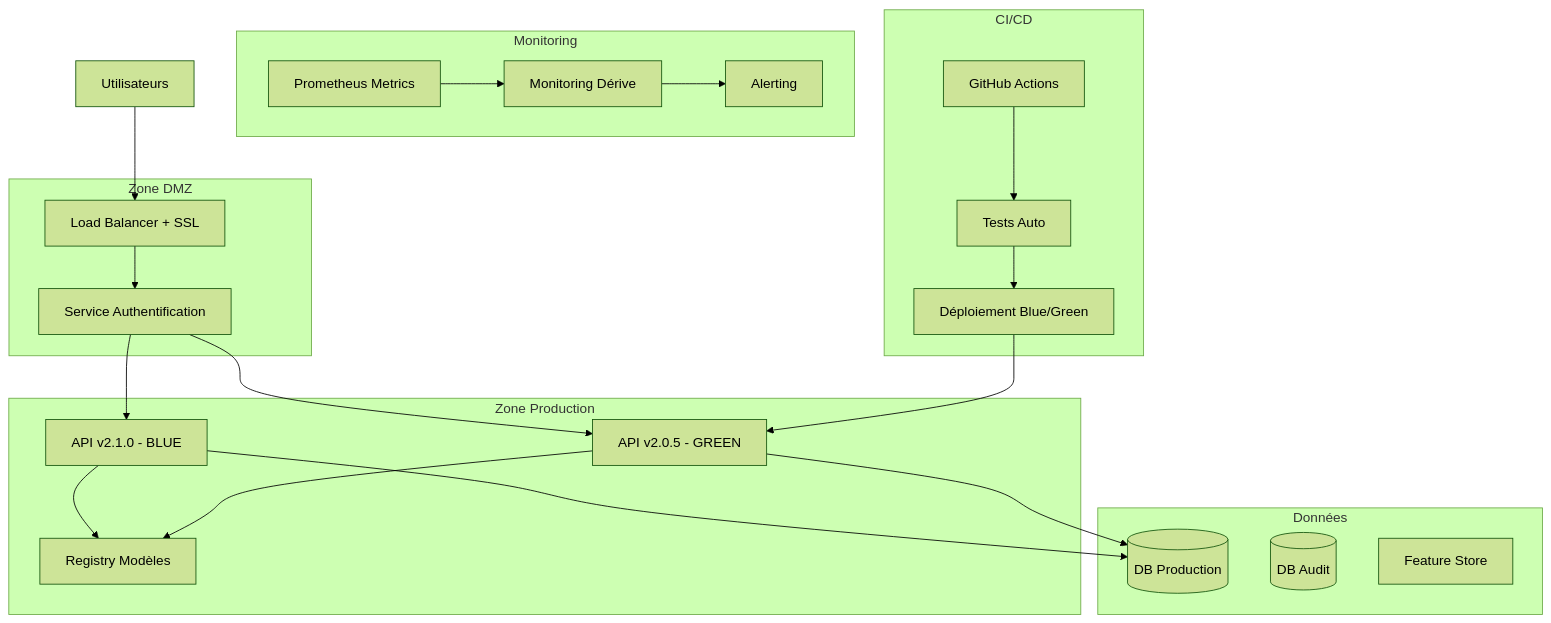
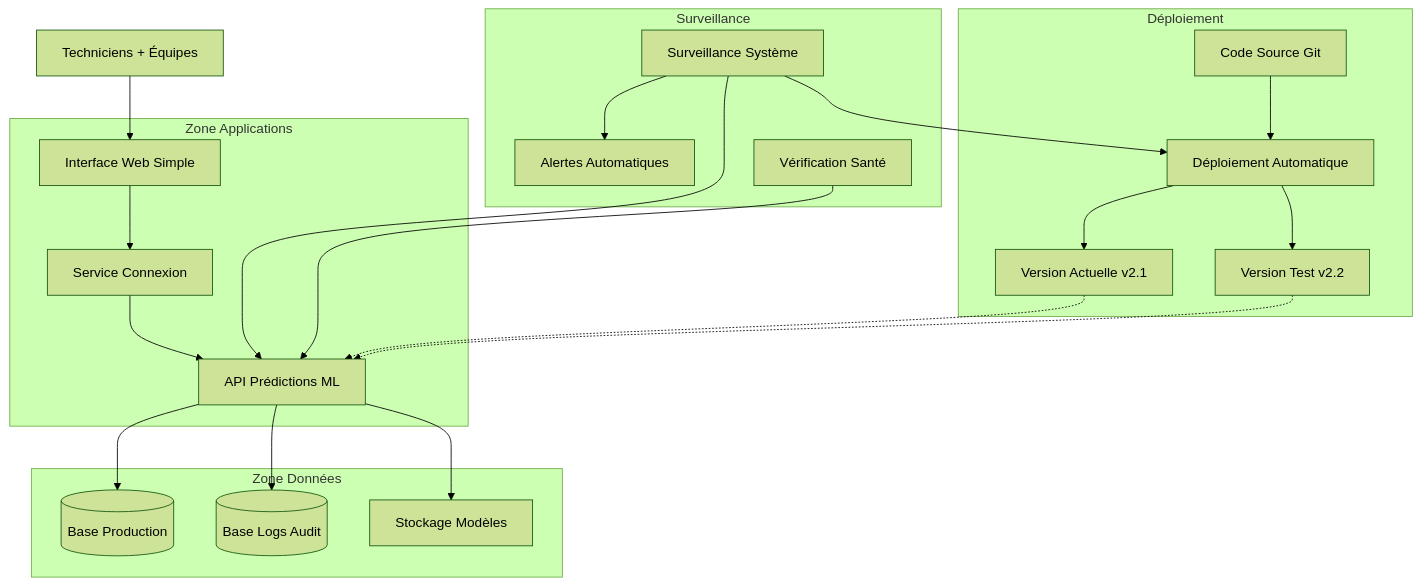
One commit to ssime-git/tp_mlops_introduction changed the fourth of 4 diagrams in corrections/FR/01_correction_tips_fr.md. Above: the diagram before and after it, drawn with Mermaid (forest theme). The commit also changed other lines of this file, not shown here.

Commit message:
update correction

````diff
--- a/corrections/FR/01_correction_tips_fr.md
+++ b/corrections/FR/01_correction_tips_fr.md
@@ -169,48 +170,49 @@
 ```mermaid
 graph TD
-    subgraph "Zone DMZ"
-        LB[Load Balancer + SSL]
-        AUTH[Service Authentification]
+    UTILISATEURS[Techniciens + Équipes]
+    
+    subgraph "Zone Applications"
+        WEB_UI[Interface Web Simple]
+        API_ML[API Prédictions ML]
+        AUTH_SERVICE[Service Connexion]
     end
     
-    subgraph "Zone Production"
-        API_BLUE[API v2.1.0 - BLUE]
-        API_GREEN[API v2.0.5 - GREEN]
-        MODEL_REGISTRY[Registry Modèles]
+    subgraph "Zone Données"
+        DB_PROD[(Base Production)]
+        DB_LOGS[(Base Logs Audit)]
+        MODEL_FILES[Stockage Modèles]
     end
     
-    subgraph "Données"
-        DB_PROD[(DB Production)]
-        DB_AUDIT[(DB Audit)]
-        FEATURE_STORE[Feature Store]
+    subgraph "Surveillance"
+        MONITORING[Surveillance Système]
+        ALERTS[Alertes Automatiques]
+        HEALTH_CHECK[Vérification Santé]
     end
     
-    subgraph "Monitoring"
-        PROMETHEUS[Prometheus Metrics]
-        ALERTS[Alerting]
-        DRIFT_DETECTION[Monitoring Dérive]
+    subgraph "Déploiement"
+        VERSION_A[Version Actuelle v2.1]
+        VERSION_B[Version Test v2.2]
+        DEPLOY_AUTO[Déploiement Automatique]
+        GIT[Code Source Git]
     end
     
-    subgraph "CI/CD"
-        GITHUB[GitHub Actions]
-        TESTS[Tests Auto]
-        DEPLOY[Déploiement Blue/Green]
-    end
+    UTILISATEURS --> WEB_UI
+    WEB_UI --> AUTH_SERVICE
+    AUTH_SERVICE --> API_ML
     
-    USERS[Utilisateurs] --> LB
-    LB --> AUTH
-    AUTH --> API_BLUE
-    AUTH --> API_GREEN
+    API_ML --> MODEL_FILES
+    API_ML --> DB_PROD
+    API_ML --> DB_LOGS
     
-    API_BLUE --> MODEL_REGISTRY
-    API_GREEN --> MODEL_REGISTRY
+    MONITORING --> API_ML
+    MONITORING --> ALERTS
+    HEALTH_CHECK --> API_ML
     
-    API_BLUE --> DB_PROD
-    API_GREEN --> DB_PROD
+    GIT --> DEPLOY_AUTO
+    DEPLOY_AUTO --> VERSION_A
+    DEPLOY_AUTO --> VERSION_B
+    VERSION_A -.-> API_ML
+    VERSION_B -.-> API_ML
     
-    GITHUB --> TESTS --> DEPLOY
-    DEPLOY --> API_GREEN
-    
-    PROMETHEUS --> DRIFT_DETECTION
-    DRIFT_DETECTION --> ALERTS
+    MONITORING --> DEPLOY_AUTO
 ```
````
